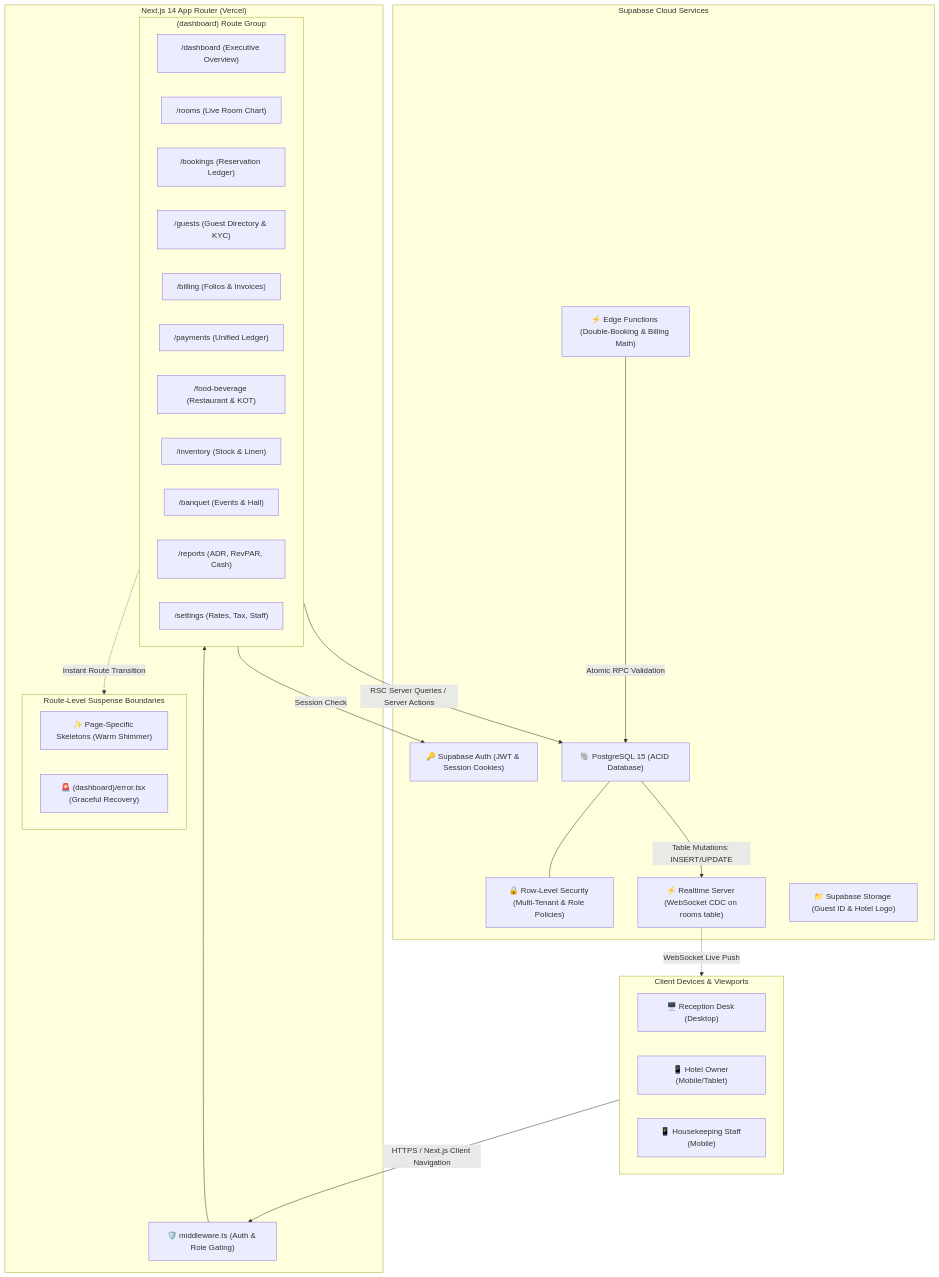
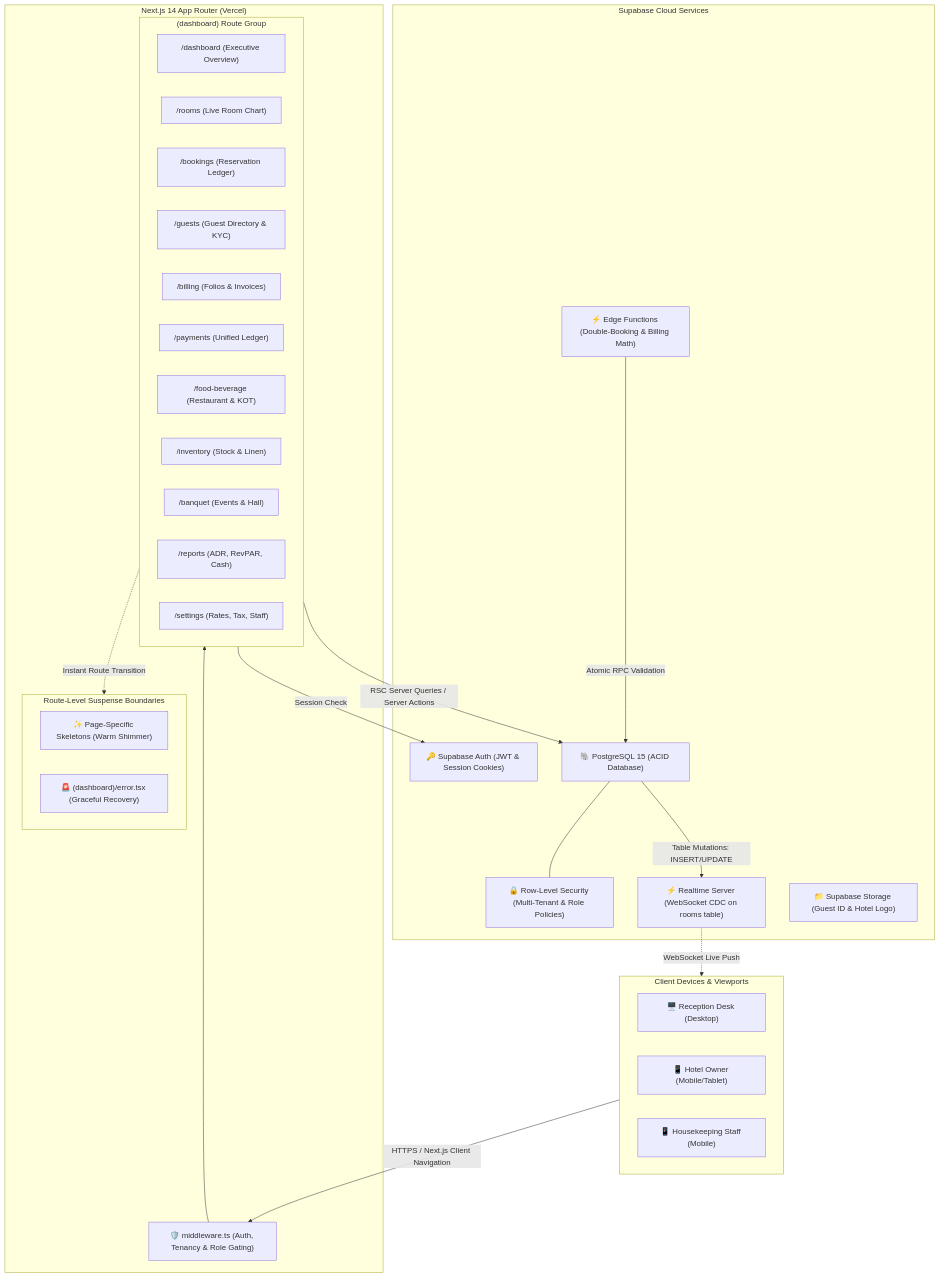
The first of 3 diagrams in README.md (vineetvardhan27/GrovePMS), drawn with Mermaid before and after one commit. The commit also changed other lines of this file and 30 other files, not shown here.

````diff
--- a/README.md
+++ b/README.md
@@ -57,53 +117,53 @@
 ```mermaid
 graph TB
     subgraph ClientLayer ["Client Devices & Viewports"]
         Reception["🖥️ Reception Desk (Desktop)"]
         Owner["📱 Hotel Owner (Mobile/Tablet)"]
         Housekeeping["📱 Housekeeping Staff (Mobile)"]
     end
 
     subgraph AppServer ["Next.js 14 App Router (Vercel)"]
-        Middleware["🛡️ middleware.ts (Auth & Role Gating)"]
+        Middleware["🛡️ middleware.ts (Auth, Tenancy & Role Gating)"]
         
         subgraph RouteSegments ["(dashboard) Route Group"]
             R_Dash["/dashboard (Executive Overview)"]
             R_Rooms["/rooms (Live Room Chart)"]
             R_Book["/bookings (Reservation Ledger)"]
             R_Guests["/guests (Guest Directory & KYC)"]
             R_Bill["/billing (Folios & Invoices)"]
             R_Pay["/payments (Unified Ledger)"]
             R_FB["/food-beverage (Restaurant & KOT)"]
             R_Inv["/inventory (Stock & Linen)"]
             R_Banq["/banquet (Events & Hall)"]
             R_Rep["/reports (ADR, RevPAR, Cash)"]
             R_Set["/settings (Rates, Tax, Staff)"]
         end
 
         subgraph LoadingSystem ["Route-Level Suspense Boundaries"]
             Skeletons["✨ Page-Specific Skeletons (Warm Shimmer)"]
             ErrorBoundary["🚨 (dashboard)/error.tsx (Graceful Recovery)"]
         end
     end
 
     subgraph BackendServices ["Supabase Cloud Services"]
         Auth["🔑 Supabase Auth (JWT & Session Cookies)"]
         Postgres["🐘 PostgreSQL 15 (ACID Database)"]
         RLS["🔒 Row-Level Security (Multi-Tenant & Role Policies)"]
         Realtime["⚡ Realtime Server (WebSocket CDC on rooms table)"]
         Storage["📁 Supabase Storage (Guest ID & Hotel Logo)"]
         EdgeFunctions["⚡ Edge Functions (Double-Booking & Billing Math)"]
     end
 
     %% Interactions
     ClientLayer -->|HTTPS / Next.js Client Navigation| Middleware
     Middleware --> RouteSegments
     RouteSegments -.->|Instant Route Transition| LoadingSystem
     RouteSegments -->|RSC Server Queries / Server Actions| Postgres
     RouteSegments -->|Session Check| Auth
     Postgres --- RLS
 
     %% Realtime Push
     Postgres -->|Table Mutations: INSERT/UPDATE| Realtime
     Realtime -.->|WebSocket Live Push| ClientLayer
     EdgeFunctions -->|Atomic RPC Validation| Postgres
 ```
````
